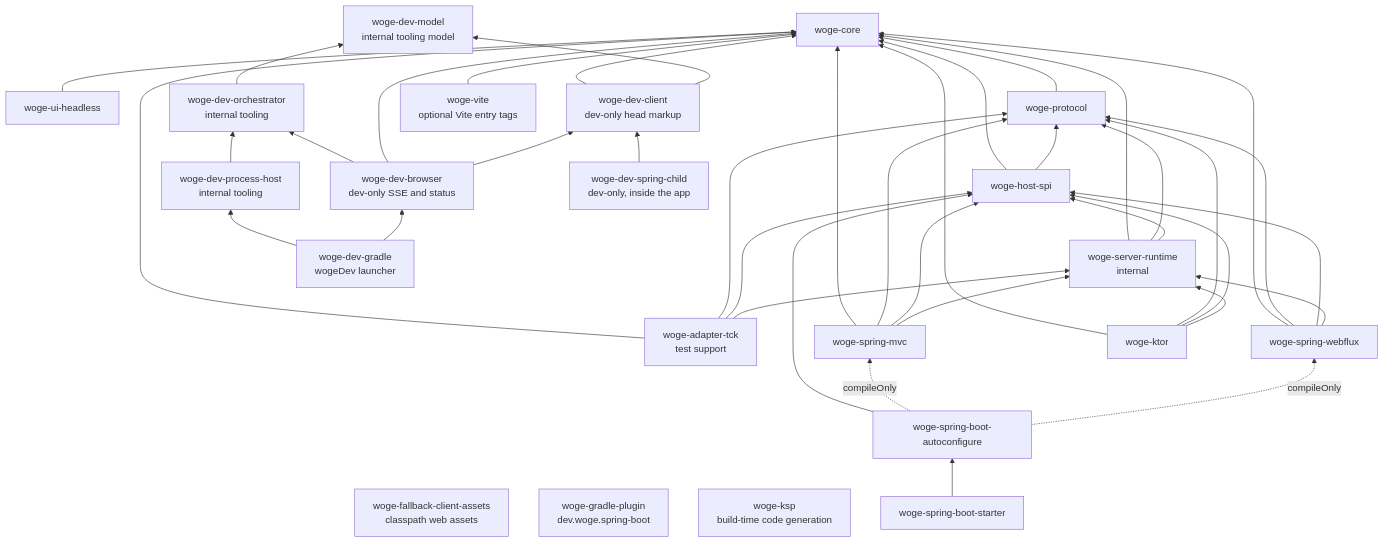
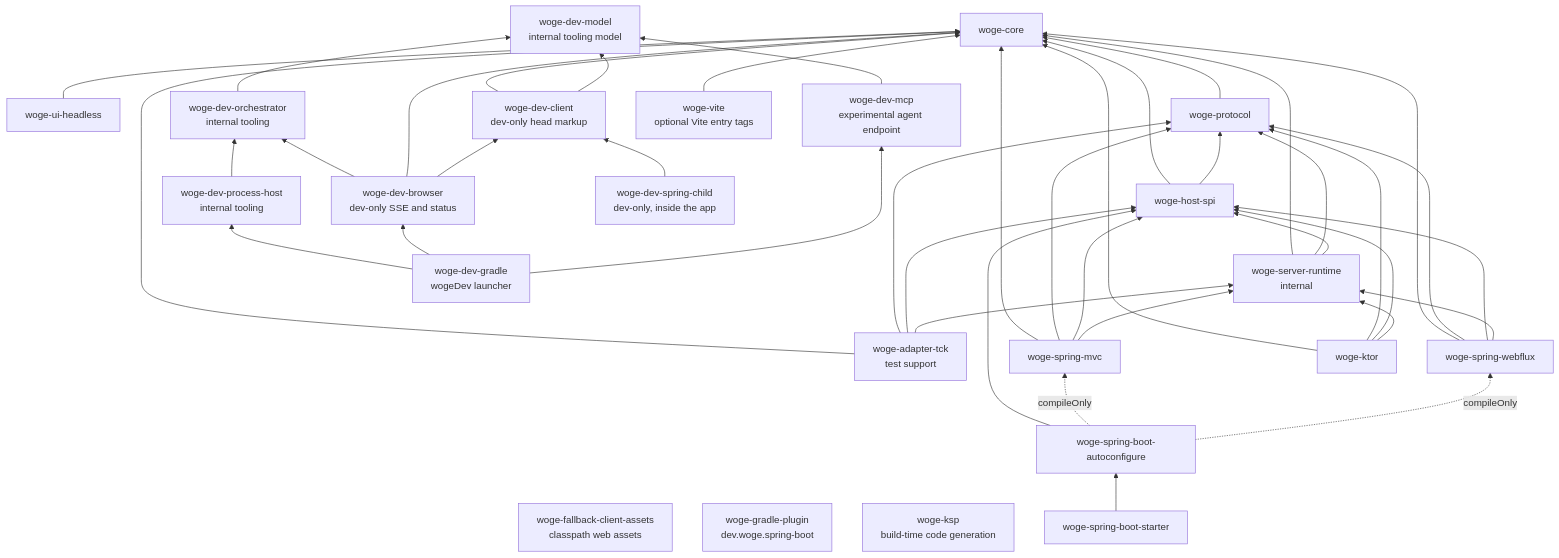
Before and after one commit to christian-draeger/woge: the diagram in docs/architecture/module-graph.md, drawn with Mermaid. The commit also changed other lines of this file and 24 other files, not shown here.

First line of the commit message:
feat(dev): add experimental MCP endpoint for coding agents

````diff
--- a/docs/architecture/module-graph.md
+++ b/docs/architecture/module-graph.md
@@ -8,45 +8,47 @@
 ```mermaid
 flowchart BT
     UI[woge-ui-headless] --> Core[woge-core]
     Assets[woge-fallback-client-assets<br/>classpath web assets]
     Protocol[woge-protocol] --> Core
     SPI[woge-host-spi] --> Core
     SPI --> Protocol
     Runtime[woge-server-runtime<br/>internal] --> Core
     Runtime --> Protocol
     Runtime --> SPI
     DevModel[woge-dev-model<br/>internal tooling model]
     DevOrchestrator[woge-dev-orchestrator<br/>internal tooling] --> DevModel
     DevProcess[woge-dev-process-host<br/>internal tooling] --> DevOrchestrator
     DevBrowser[woge-dev-browser<br/>dev-only SSE and status] --> DevOrchestrator
     DevBrowser --> Core
     DevBrowser --> DevClient
     DevClient[woge-dev-client<br/>dev-only head markup] --> Core
     DevClient --> DevModel
     DevChild[woge-dev-spring-child<br/>dev-only, inside the app] --> DevClient
     DevGradle[woge-dev-gradle<br/>wogeDev launcher] --> DevProcess
     DevGradle --> DevBrowser
+    DevMcp[woge-dev-mcp<br/>experimental agent endpoint] --> DevModel
+    DevGradle --> DevMcp
     GradlePlugin[woge-gradle-plugin<br/>dev.woge.spring-boot]
     Ksp[woge-ksp<br/>build-time code generation]
     TCK[woge-adapter-tck<br/>test support] --> Core
     TCK --> Protocol
     TCK --> SPI
     TCK --> Runtime
     MVC[woge-spring-mvc] --> Core
     MVC --> Protocol
     MVC --> SPI
     MVC --> Runtime
     WebFlux[woge-spring-webflux] --> Core
     WebFlux --> Protocol
     WebFlux --> SPI
     WebFlux --> Runtime
     Ktor[woge-ktor] --> Core
     Ktor --> Protocol
     Ktor --> SPI
     Ktor --> Runtime
     Vite[woge-vite<br/>optional Vite entry tags] --> Core
     Auto[woge-spring-boot-autoconfigure] --> SPI
     Auto -. compileOnly .-> MVC
     Auto -. compileOnly .-> WebFlux
     Starter[woge-spring-boot-starter] --> Auto
 ```
````
